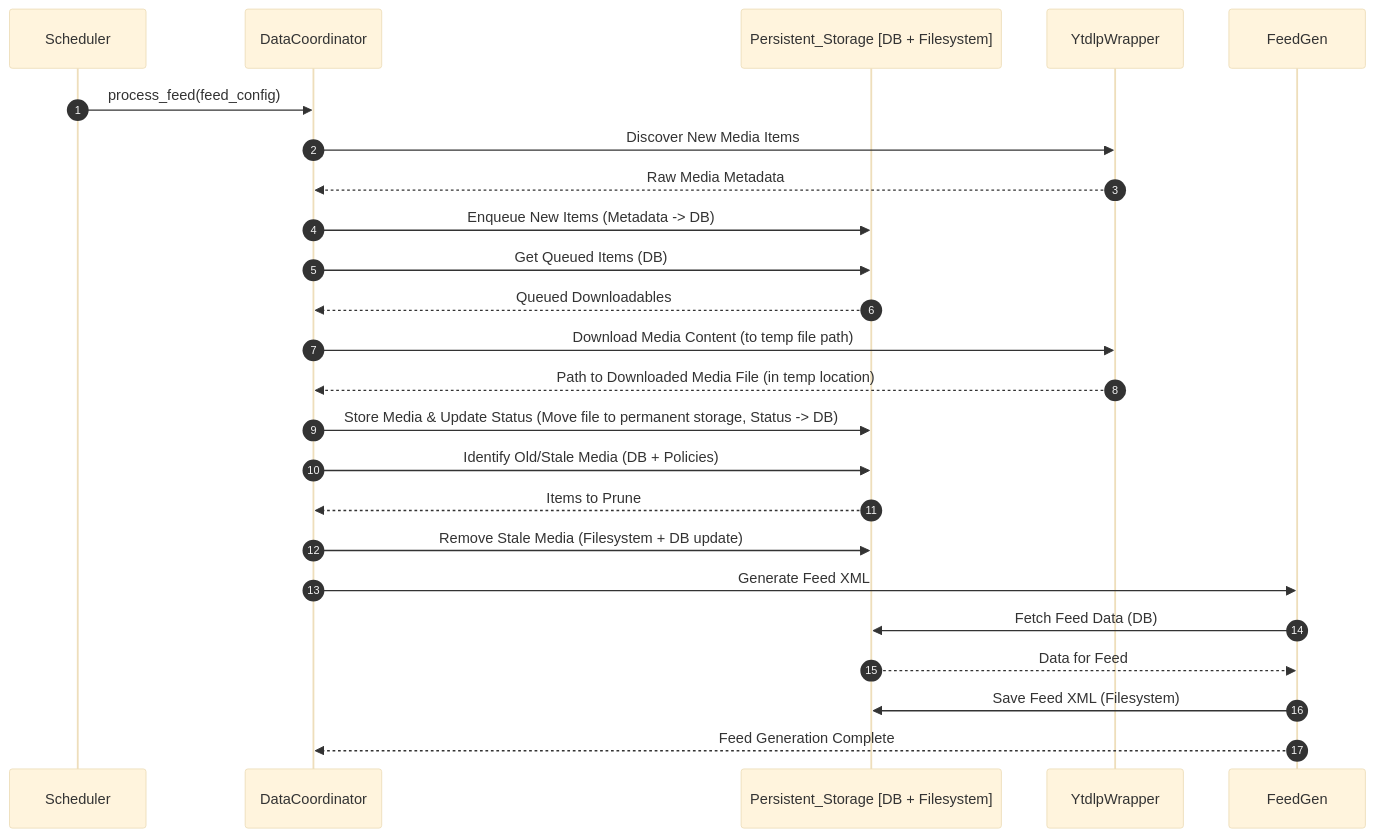
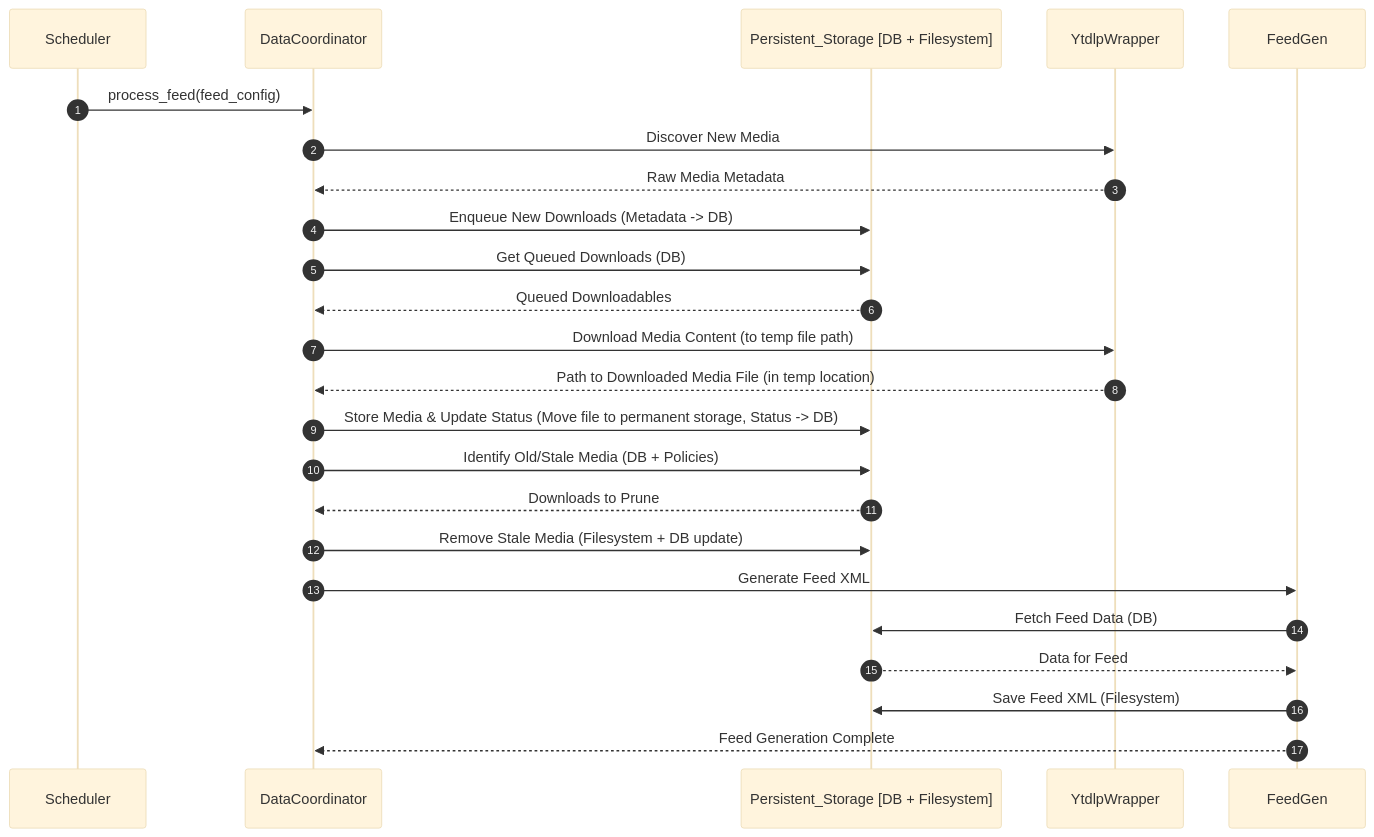
One commit to thurstonsand/anypod changed the second of 2 diagrams in DESIGN_DOC.md. Above: the diagram before and after it, drawn with Mermaid (base theme). The commit also changed other lines of this file and 19 other files, not shown here.

````diff
--- a/DESIGN_DOC.md
+++ b/DESIGN_DOC.md
@@ -155,31 +155,31 @@
 ```mermaid
 sequenceDiagram
   autonumber
   participant S as Scheduler
   participant DC as DataCoordinator
   participant Store as Persistent_Storage [DB + Filesystem]
   participant YTDLW as YtdlpWrapper
   participant FG as FeedGen
 
   S->>DC: process_feed(feed_config)
 
-  DC->>YTDLW: Discover New Media Items
+  DC->>YTDLW: Discover New Media
   YTDLW-->>DC: Raw Media Metadata
-  DC->>Store: Enqueue New Items (Metadata -> DB)
+  DC->>Store: Enqueue New Downloads (Metadata -> DB)
 
-  DC->>Store: Get Queued Items (DB)
+  DC->>Store: Get Queued Downloads (DB)
   Store-->>DC: Queued Downloadables
   DC->>YTDLW: Download Media Content (to temp file path)
   YTDLW-->>DC: Path to Downloaded Media File (in temp location)
   DC->>Store: Store Media & Update Status (Move file to permanent storage, Status -> DB)
 
   DC->>Store: Identify Old/Stale Media (DB + Policies)
-  Store-->>DC: Items to Prune
+  Store-->>DC: Downloads to Prune
   DC->>Store: Remove Stale Media (Filesystem + DB update)
 
   DC->>FG: Generate Feed XML
   FG->>Store: Fetch Feed Data (DB)
   Store-->>FG: Data for Feed
   FG->>Store: Save Feed XML (Filesystem)
   FG-->>DC: Feed Generation Complete
 ```
````
